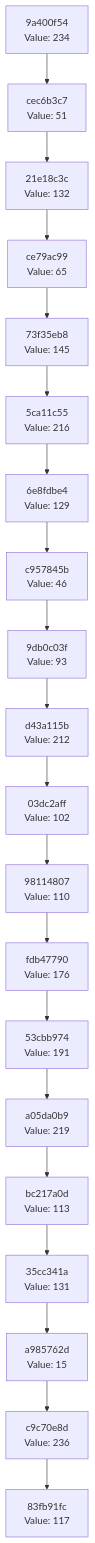
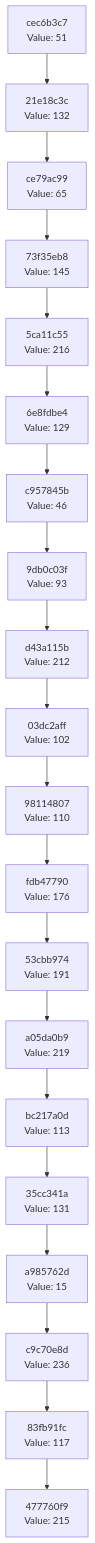
The diagram in docs/CHAIN_VISUALIZATION.md (Abhisheksinha1506/hash-chain-evolver), drawn with Mermaid before and after one commit. The commit also changed 1 other file, not shown here.

Commit message:
Evolution step: hash 0xD7 → action executed

````diff
--- a/docs/CHAIN_VISUALIZATION.md
+++ b/docs/CHAIN_VISUALIZATION.md
@@ -3,42 +3,42 @@
 ```mermaid
 graph TD
-    C0["83fb91fc<br/>Value: 117"]
-    C1["c9c70e8d<br/>Value: 236"]
+    C0["477760f9<br/>Value: 215"]
+    C1["83fb91fc<br/>Value: 117"]
     C1 --> C0
-    C2["a985762d<br/>Value: 15"]
+    C2["c9c70e8d<br/>Value: 236"]
     C2 --> C1
-    C3["35cc341a<br/>Value: 131"]
+    C3["a985762d<br/>Value: 15"]
     C3 --> C2
-    C4["bc217a0d<br/>Value: 113"]
+    C4["35cc341a<br/>Value: 131"]
     C4 --> C3
-    C5["a05da0b9<br/>Value: 219"]
+    C5["bc217a0d<br/>Value: 113"]
     C5 --> C4
-    C6["53cbb974<br/>Value: 191"]
+    C6["a05da0b9<br/>Value: 219"]
     C6 --> C5
-    C7["fdb47790<br/>Value: 176"]
+    C7["53cbb974<br/>Value: 191"]
     C7 --> C6
-    C8["98114807<br/>Value: 110"]
+    C8["fdb47790<br/>Value: 176"]
     C8 --> C7
-    C9["03dc2aff<br/>Value: 102"]
+    C9["98114807<br/>Value: 110"]
     C9 --> C8
-    C10["d43a115b<br/>Value: 212"]
+    C10["03dc2aff<br/>Value: 102"]
     C10 --> C9
-    C11["9db0c03f<br/>Value: 93"]
+    C11["d43a115b<br/>Value: 212"]
     C11 --> C10
-    C12["c957845b<br/>Value: 46"]
+    C12["9db0c03f<br/>Value: 93"]
     C12 --> C11
-    C13["6e8fdbe4<br/>Value: 129"]
+    C13["c957845b<br/>Value: 46"]
     C13 --> C12
-    C14["5ca11c55<br/>Value: 216"]
+    C14["6e8fdbe4<br/>Value: 129"]
     C14 --> C13
-    C15["73f35eb8<br/>Value: 145"]
+    C15["5ca11c55<br/>Value: 216"]
     C15 --> C14
-    C16["ce79ac99<br/>Value: 65"]
+    C16["73f35eb8<br/>Value: 145"]
     C16 --> C15
-    C17["21e18c3c<br/>Value: 132"]
+    C17["ce79ac99<br/>Value: 65"]
     C17 --> C16
-    C18["cec6b3c7<br/>Value: 51"]
+    C18["21e18c3c<br/>Value: 132"]
     C18 --> C17
-    C19["9a400f54<br/>Value: 234"]
+    C19["cec6b3c7<br/>Value: 51"]
     C19 --> C18
 ```
````
